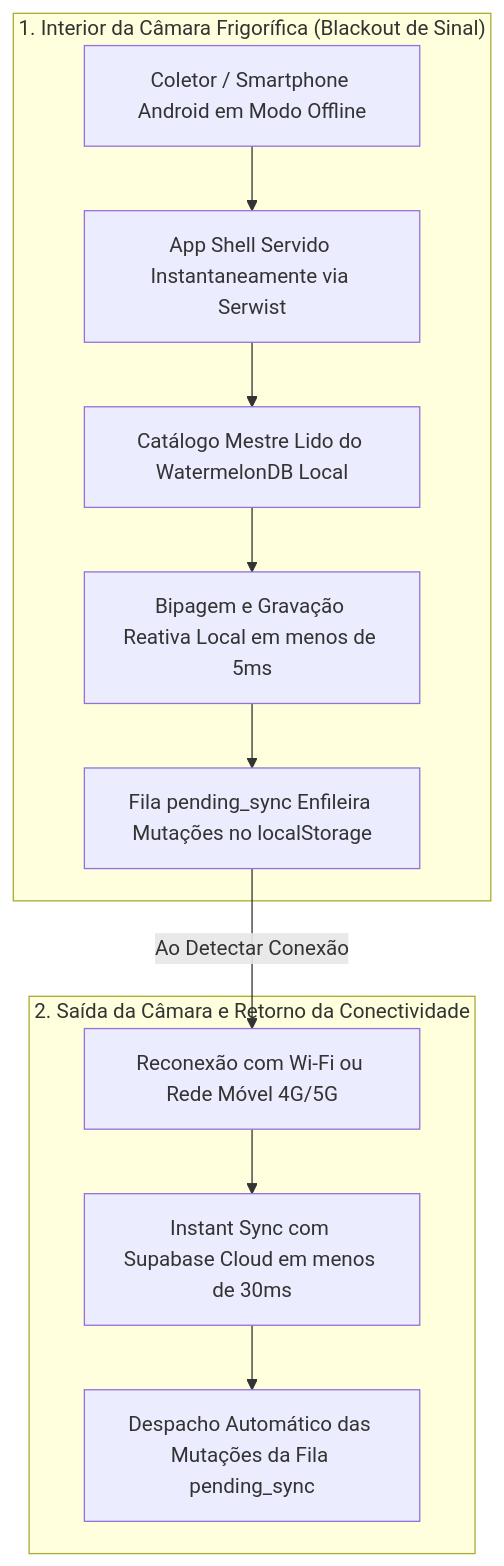
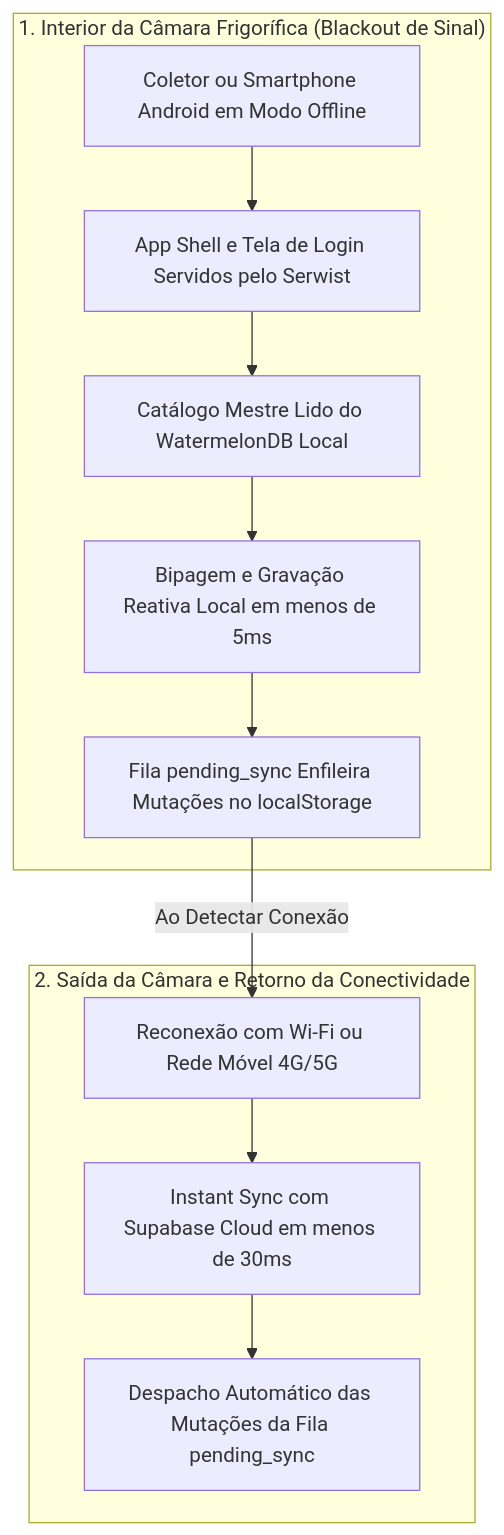
The diagram in docs/pwa-service-worker.md (NaejBarbosa/paletscan-etl), drawn with Mermaid before and after one commit. The commit also changed other lines of this file and 25 other files, not shown here.

````diff
--- a/docs/pwa-service-worker.md
+++ b/docs/pwa-service-worker.md
@@ -9,22 +9,22 @@
 ```mermaid
 flowchart TD
     subgraph CamaraFria ["1. Interior da Câmara Frigorífica (Blackout de Sinal)"]
-        A1["Coletor / Smartphone Android em Modo Offline"]
-        A2["App Shell Servido Instantaneamente via Serwist"]
+        A1["Coletor ou Smartphone Android em Modo Offline"]
+        A2["App Shell e Tela de Login Servidos pelo Serwist"]
         A3["Catálogo Mestre Lido do WatermelonDB Local"]
         A4["Bipagem e Gravação Reativa Local em menos de 5ms"]
         A5["Fila pending_sync Enfileira Mutações no localStorage"]
-        
+
         A1 --> A2 --> A3 --> A4 --> A5
     end
 
     subgraph Reconexao ["2. Saída da Câmara e Retorno da Conectividade"]
         B1["Reconexão com Wi-Fi ou Rede Móvel 4G/5G"]
         B2["Instant Sync com Supabase Cloud em menos de 30ms"]
         B3["Despacho Automático das Mutações da Fila pending_sync"]
-        
+
         B1 --> B2 --> B3
     end
 
     A5 -->|Ao Detectar Conexão| B1
 ```
````
